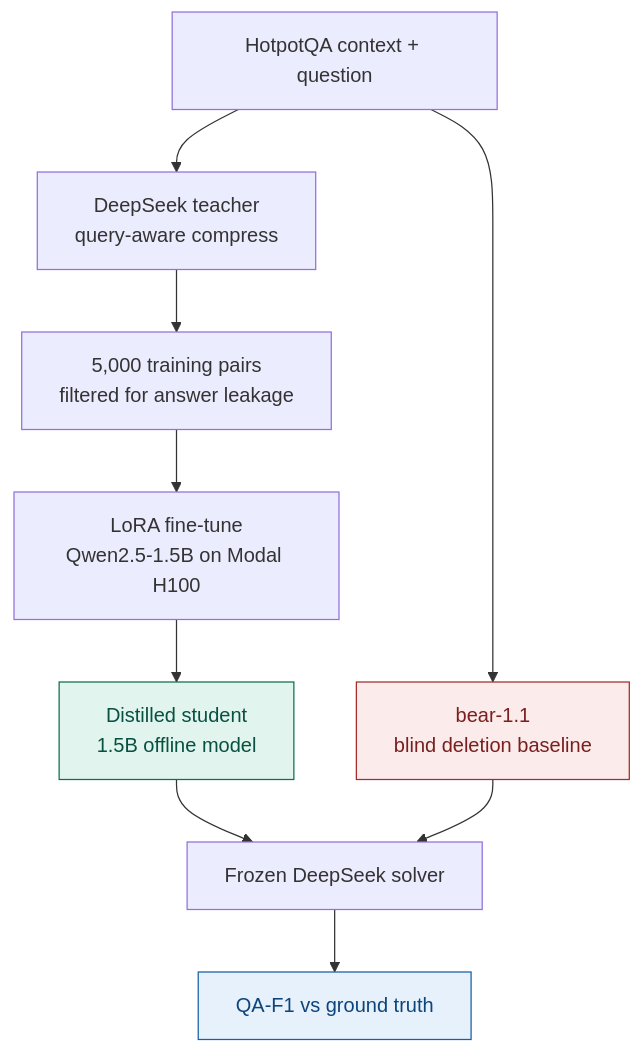
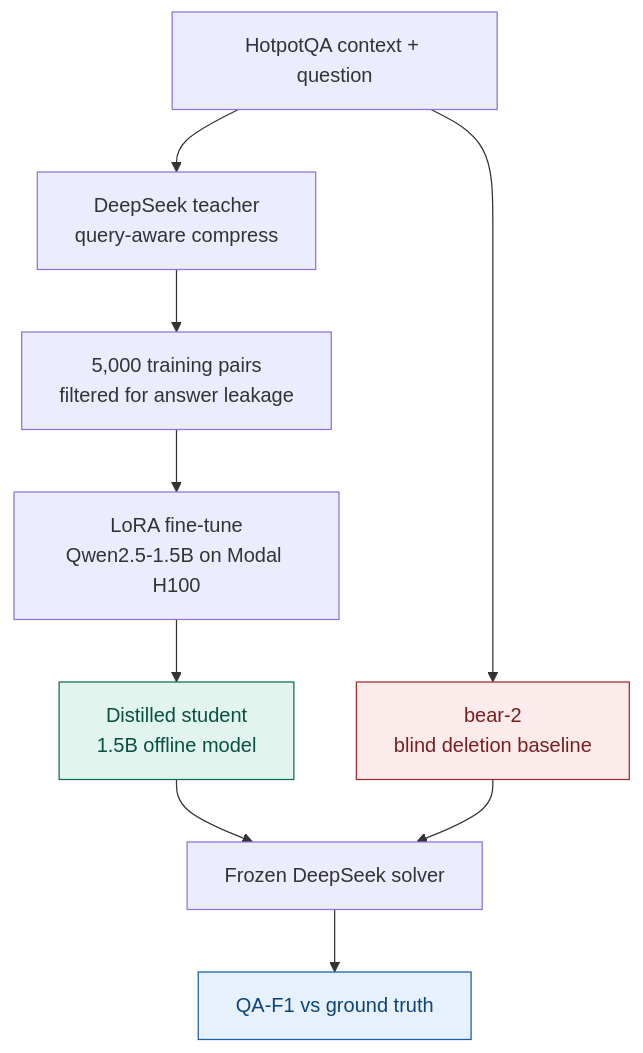
Before and after one commit to Kart-ing/ReCompress: the first of 3 diagrams in README.md, drawn with Mermaid. The commit also changed other lines of this file and 32 other files, not shown here.

First line of the commit message:
Rename baseline bear-1.1 -> bear-2 everywhere (correct model)

````diff
--- a/README.md
+++ b/README.md
@@ -39,15 +39,15 @@
 ```mermaid
 flowchart TD
     A[HotpotQA context + question] --> B[DeepSeek teacher\nquery-aware compress]
     B --> C[5,000 training pairs\nfiltered for answer leakage]
     C --> D[LoRA fine-tune\nQwen2.5-1.5B on Modal H100]
     D --> E[Distilled student\n1.5B offline model]
-    A --> F[bear-1.1\nblind deletion baseline]
+    A --> F[bear-2\nblind deletion baseline]
     E --> G[Frozen DeepSeek solver]
     F --> G
     G --> H[QA-F1 vs ground truth]
 
     style E fill:#E1F5EE,stroke:#0F6E56,color:#085041
     style F fill:#FCEBEB,stroke:#A32D2D,color:#791F1F
     style H fill:#E6F1FB,stroke:#185FA5,color:#0C447C
 ```
````
